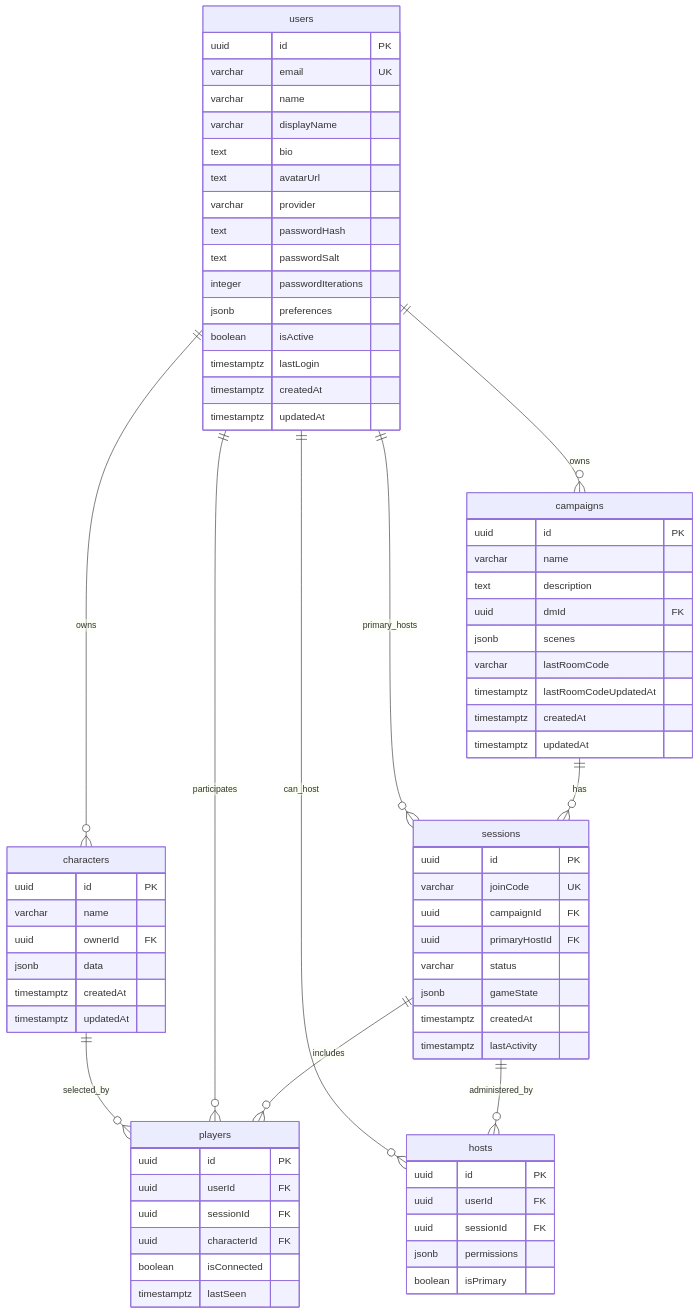
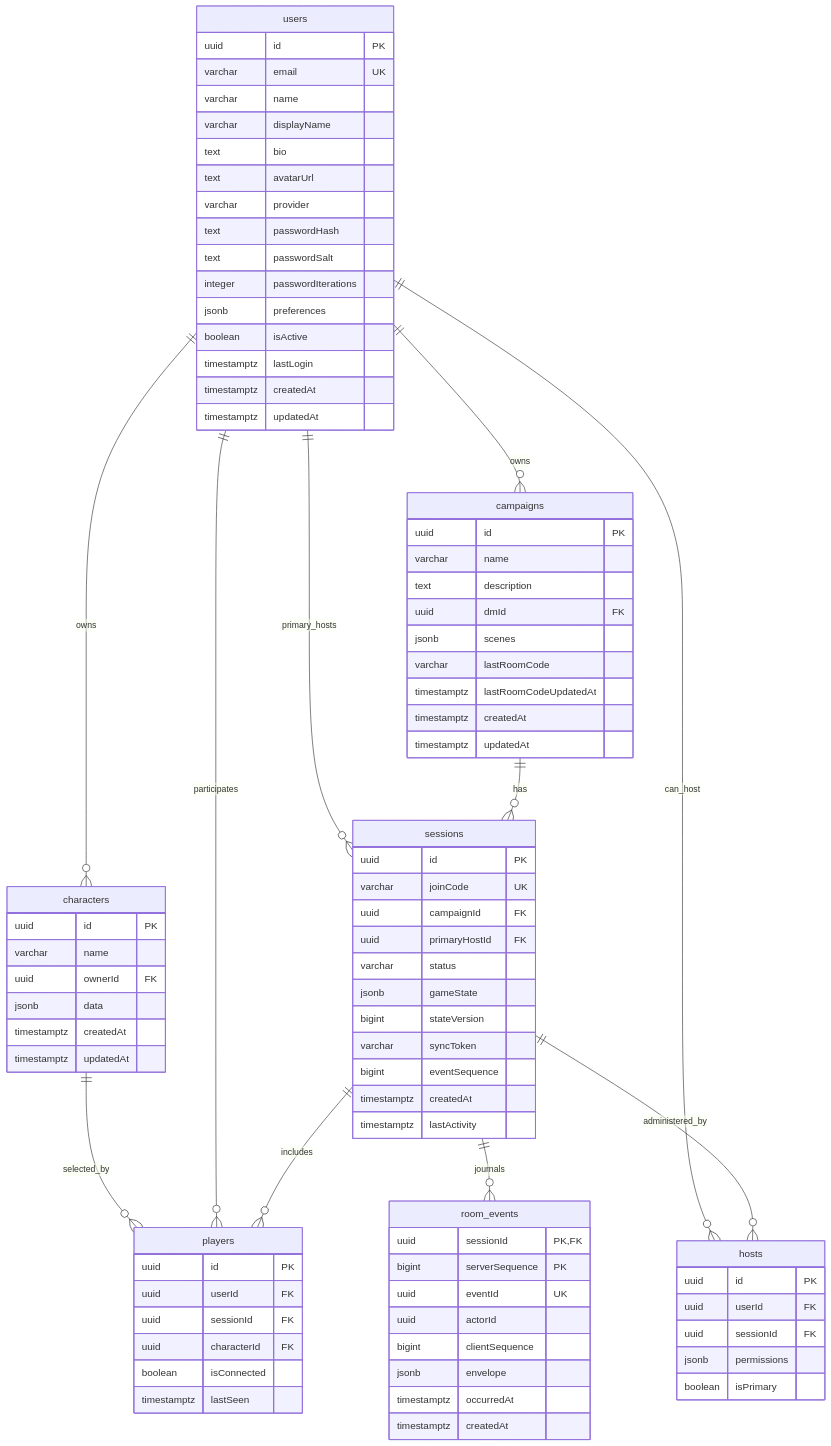
Before and after one commit to joelmale/nexusVTT: the diagram in docs/DoDEA/DIV-3.md, drawn with Mermaid. The commit also changed other lines of this file and 225 other files, not shown here.

First line of the commit message:
Harden architecture and production resilience

````diff
--- a/docs/DoDEA/DIV-3.md
+++ b/docs/DoDEA/DIV-3.md
@@ -15,6 +15,7 @@
   users ||--o{ players : participates
   characters ||--o{ players : selected_by
   sessions ||--o{ hosts : administered_by
+  sessions ||--o{ room_events : journals
   users ||--o{ hosts : can_host
 
   users {
@@ -63,6 +64,9 @@
     uuid primaryHostId FK
     varchar status
     jsonb gameState
+    bigint stateVersion
+    varchar syncToken
+    bigint eventSequence
     timestamptz createdAt
     timestamptz lastActivity
   }
@@ -83,4 +87,15 @@
     jsonb permissions
     boolean isPrimary
   }
+
+  room_events {
+    uuid sessionId PK,FK
+    bigint serverSequence PK
+    uuid eventId UK
+    uuid actorId
+    bigint clientSequence
+    jsonb envelope
+    timestamptz occurredAt
+    timestamptz createdAt
+  }
 ```
````
